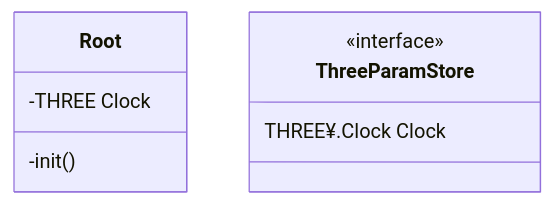
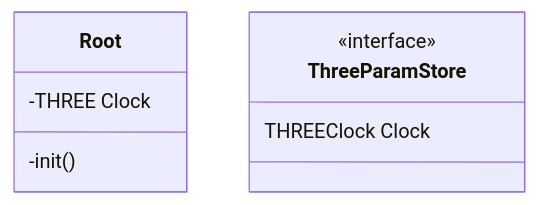
The second of 2 diagrams in BluePrints/renderer.md (yCroma/tsthree), drawn with Mermaid before and after one commit. The commit also changed other lines of this file, not shown here.

Commit message:
FIX: 構文ミスを修正

````diff
--- a/BluePrints/renderer.md
+++ b/BluePrints/renderer.md
@@ -23,12 +24,13 @@
 ```mermaid
 classDiagram
+
 class Root{
   -THREE Clock
   -init()
 }
 
 class ThreeParamStore{
   <<interface>>
-  THREE¥.Clock Clock
+  THREEClock Clock
 }
 ```
````
